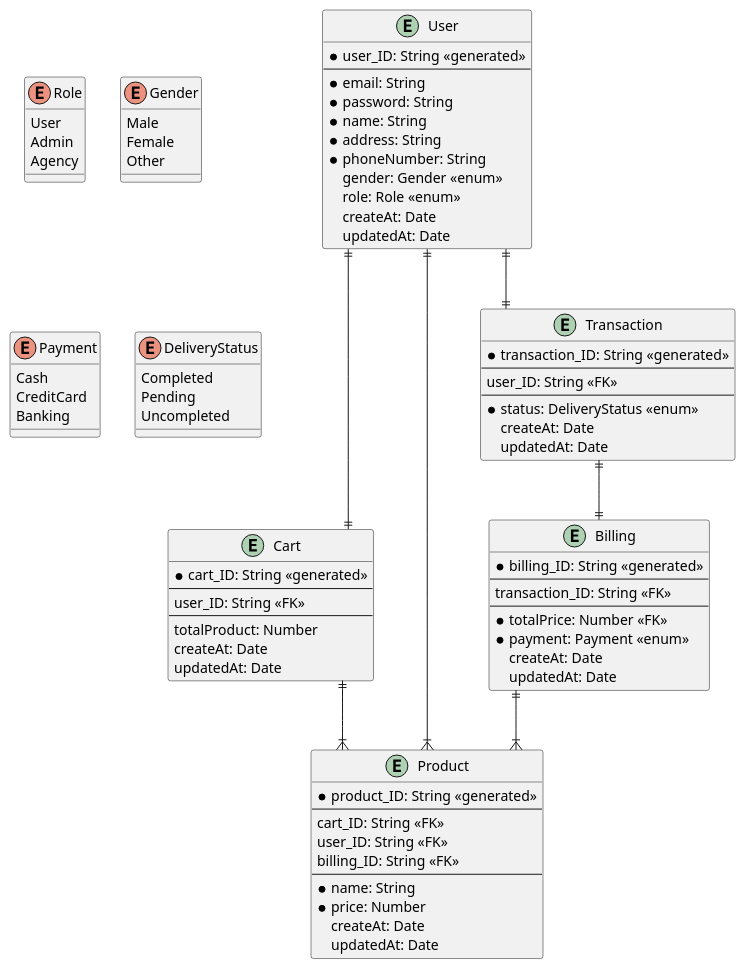
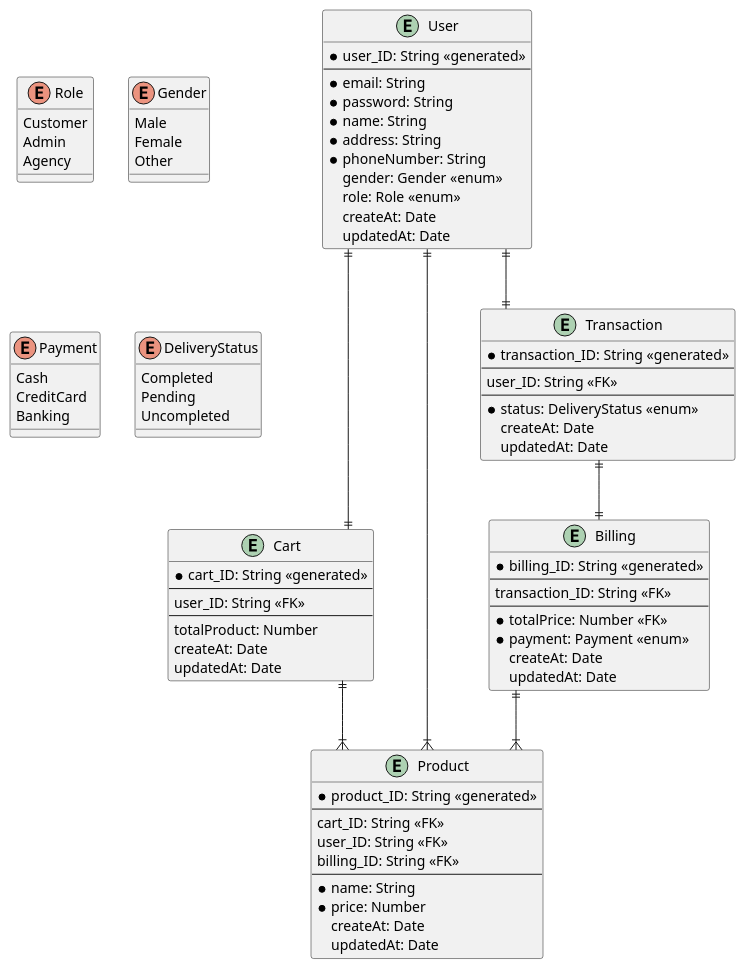
One commit to thang0206/SET_Test-Backend changed the diagram in Study/docs/erd.plantuml. Above: the diagram before and after it, drawn with PlantUML. The commit also changed 9 other files, not shown here.

Commit message:
update erd

```diff
--- a/Study/docs/erd.plantuml
+++ b/Study/docs/erd.plantuml
@@ -1,95 +1,95 @@
 @startuml an e-commercial platform
 
 skinparam linetype ortho
 
 entity User {
     *user_ID: String <<generated>>
     --
     *email: String
     *password: String
     *name: String
     *address: String
     *phoneNumber: String
     gender: Gender <<enum>>
     role: Role <<enum>>
     createAt: Date
     updatedAt: Date
 }
 
 entity Cart {
     *cart_ID: String <<generated>>
     --
     user_ID: String <<FK>>
     --
     totalProduct: Number
     createAt: Date
     updatedAt: Date
 }
 
 entity Product {
     *product_ID: String <<generated>>
     --
     cart_ID: String <<FK>>
     user_ID: String <<FK>>
     billing_ID: String <<FK>>
     --
     *name: String
     *price: Number
     createAt: Date
     updatedAt: Date
 }
 
 entity Transaction {
     *transaction_ID: String <<generated>>
     --
     user_ID: String <<FK>>
     --
     *status: DeliveryStatus <<enum>>
     createAt: Date
     updatedAt: Date
 }
 
 entity Billing {
     *billing_ID: String <<generated>>
     --
     transaction_ID: String <<FK>>
     --
     *totalPrice: Number <<FK>>
     *payment: Payment <<enum>>
     createAt: Date
     updatedAt: Date
 }
 
 enum Role {
-    User
+    Customer
     Admin
     Agency
 }
 
 enum Gender {
     Male
     Female
     Other
 }
 
 enum Payment {
     Cash
     CreditCard
     Banking
 }
 
 enum DeliveryStatus {
     Completed
     Pending
     Uncompleted
 }
 
 
 User ||--|| Cart
 User ||--|| Transaction
 User ||--|{ Product
 Cart ||--|{ Product
 Billing ||--|{ Product
 Transaction ||--|| Billing
 
 @enduml
```
